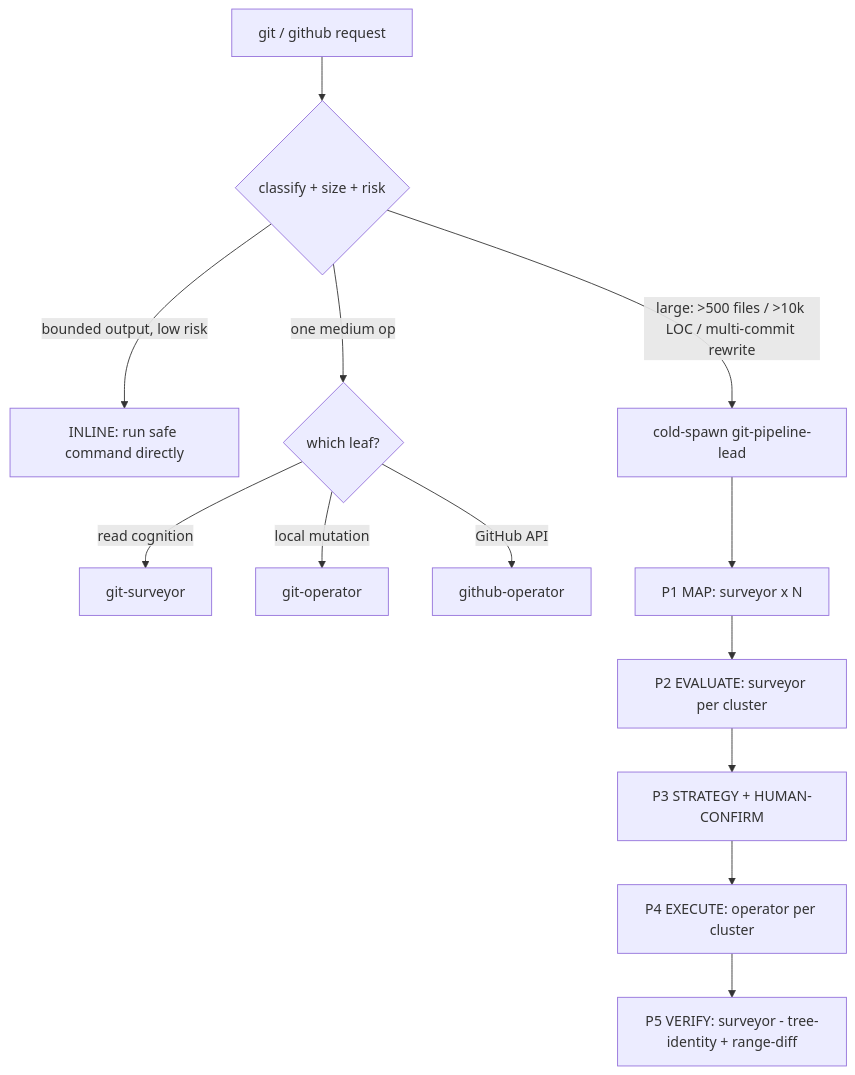
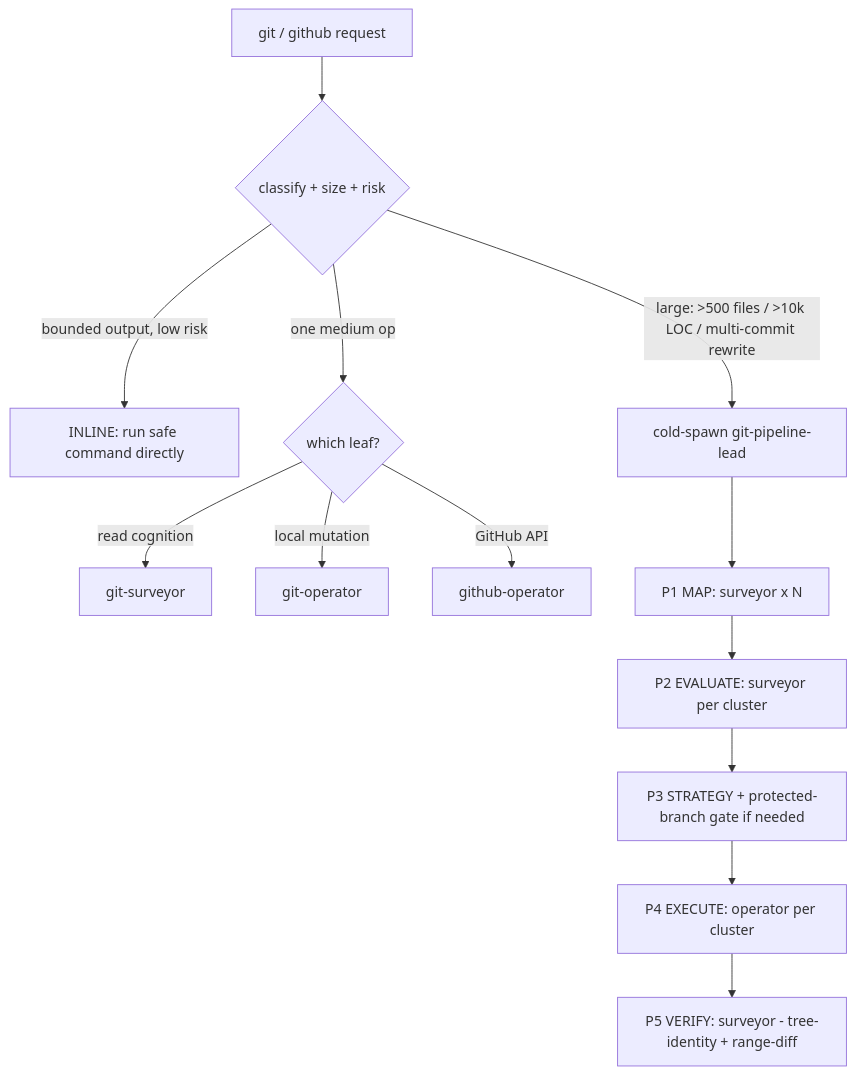
Before and after one commit to Viindoo/odoo-mcp-client: the first of 4 diagrams in plugins/git-toolkit/docs/architecture.md, drawn with Mermaid. The commit also changed other lines of this file and 21 other files, not shown here.

First line of the commit message:
feat(git-toolkit): one human gate, sign off only when required

````diff
--- a/plugins/git-toolkit/docs/architecture.md
+++ b/plugins/git-toolkit/docs/architecture.md
@@ -29,17 +29,17 @@
 ```mermaid
 flowchart TD
     U[git / github request] --> C{classify + size + risk}
     C -->|bounded output, low risk| INLINE[INLINE: run safe command directly]
     C -->|one medium op| SD{which leaf?}
     C -->|large: >500 files / >10k LOC / multi-commit rewrite| PL[cold-spawn git-pipeline-lead]
 
     SD -->|read cognition| SV[git-surveyor]
     SD -->|local mutation| OP[git-operator]
     SD -->|GitHub API| GH[github-operator]
 
     PL --> P1[P1 MAP: surveyor x N]
     P1 --> P2[P2 EVALUATE: surveyor per cluster]
-    P2 --> P3[P3 STRATEGY + HUMAN-CONFIRM]
+    P2 --> P3[P3 STRATEGY + protected-branch gate if needed]
     P3 --> P4[P4 EXECUTE: operator per cluster]
     P4 --> P5[P5 VERIFY: surveyor - tree-identity + range-diff]
 ```
````
